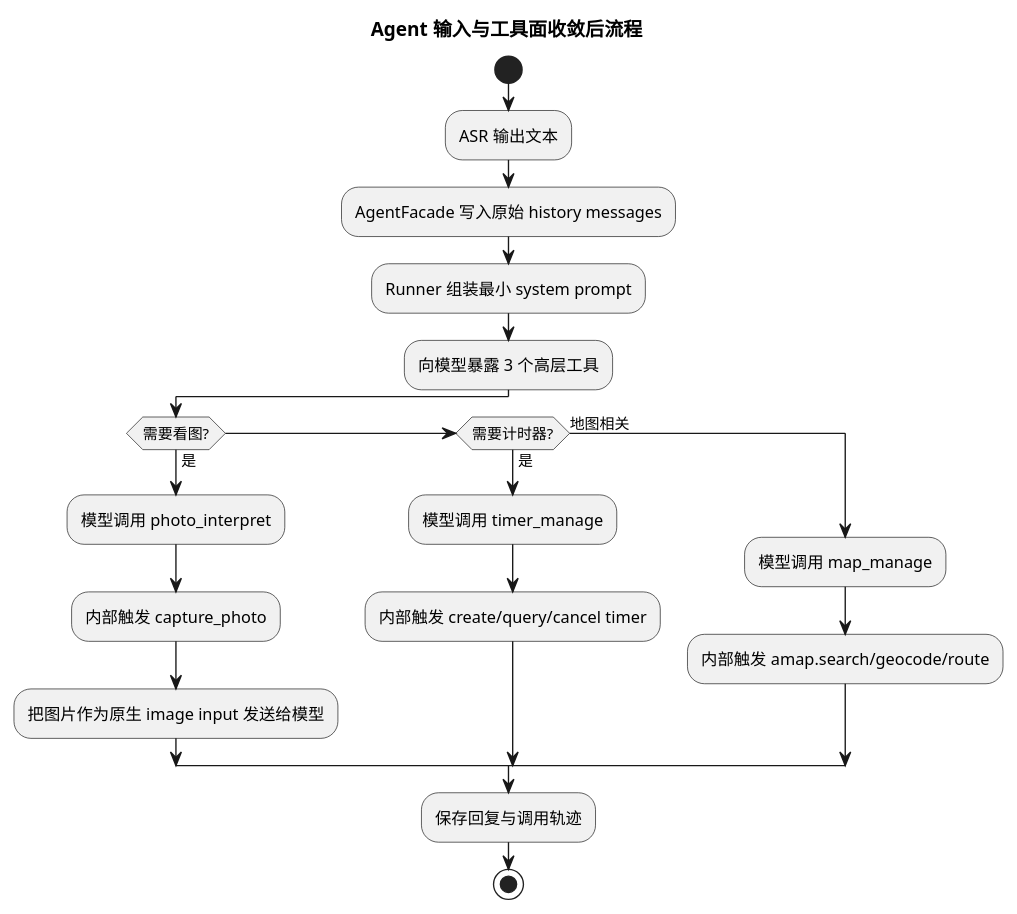
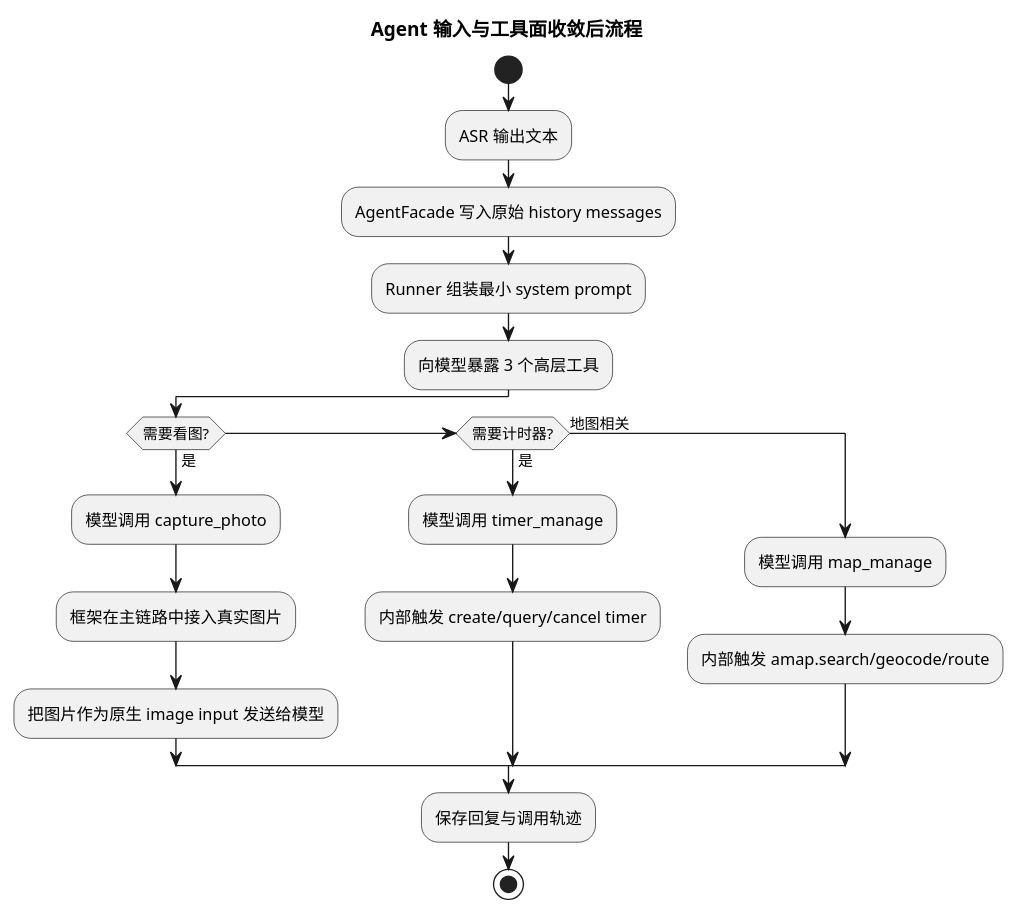
Before and after one commit to HengeLiu/RealtimeAgent: the first of 2 diagrams in doc/plan/PhaseE-agent输入与工具面收敛实施文档.md, drawn with PlantUML. The commit also changed other lines of this file and 31 other files, not shown here.

````diff
--- a/doc/plan/PhaseE-agent输入与工具面收敛实施文档.md
+++ b/doc/plan/PhaseE-agent输入与工具面收敛实施文档.md
@@ -99,26 +99,26 @@
 ```plantuml
 @startuml
 title Agent 输入与工具面收敛后流程
 
 start
 :ASR 输出文本;
 :AgentFacade 写入原始 history messages;
 :Runner 组装最小 system prompt;
 :向模型暴露 3 个高层工具;
 
 if (需要看图?) then (是)
-  :模型调用 photo_interpret;
-  :内部触发 capture_photo;
+  :模型调用 capture_photo;
+  :框架在主链路中接入真实图片;
   :把图片作为原生 image input 发送给模型;
 elseif (需要计时器?) then (是)
   :模型调用 timer_manage;
   :内部触发 create/query/cancel timer;
 else (地图相关)
   :模型调用 map_manage;
   :内部触发 amap.search/geocode/route;
 endif
 
 :保存回复与调用轨迹;
 stop
 @enduml
 ```
````
